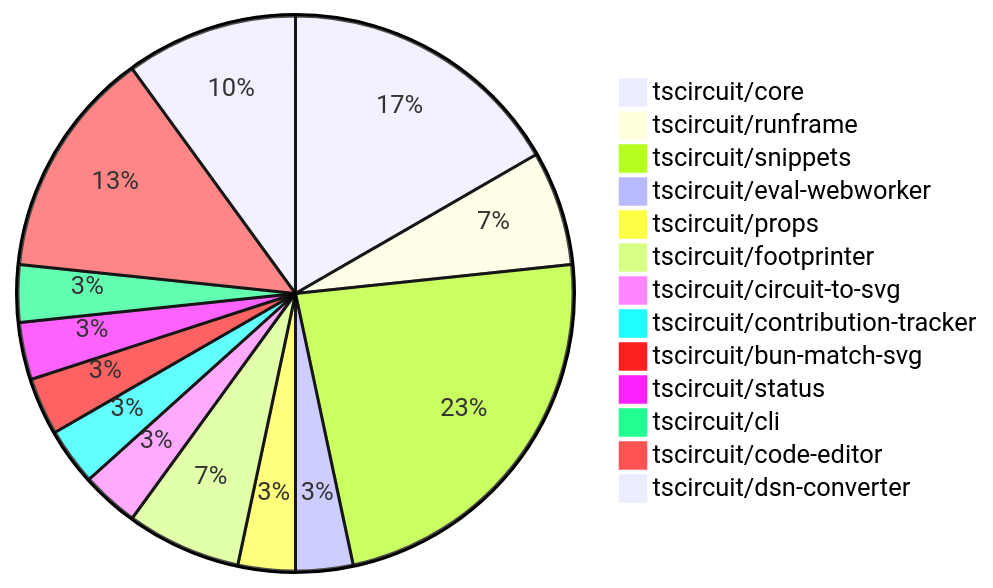
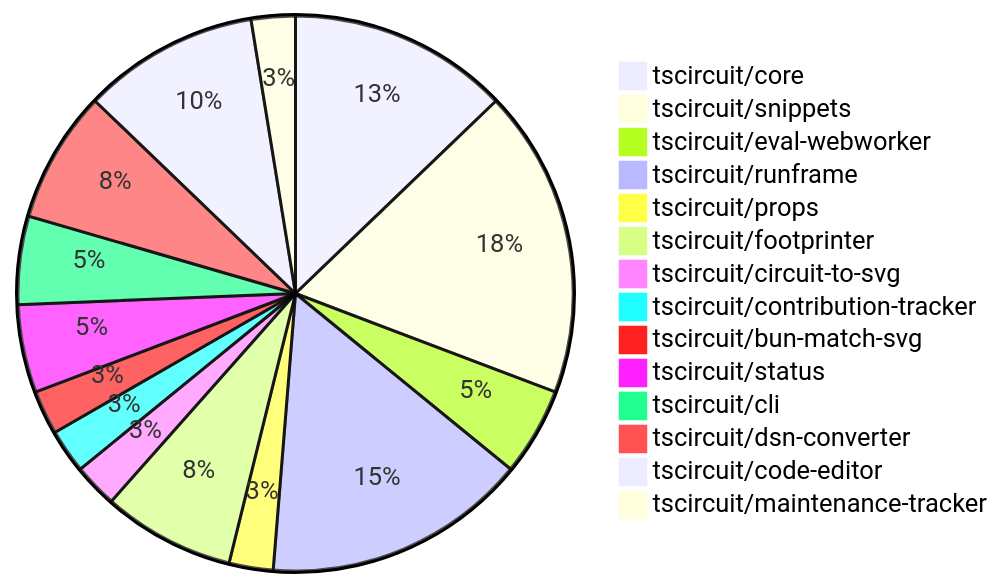
The diagram in README.md (tscircuit/contribution-tracker), drawn with Mermaid before and after one commit. The commit also changed other lines of this file and 2 other files, not shown here.

````diff
--- a/README.md
+++ b/README.md
@@ -24,16 +24,17 @@
 ```mermaid
 pie
     "tscircuit/core" : 5
-    "tscircuit/runframe" : 2
     "tscircuit/snippets" : 7
-    "tscircuit/eval-webworker" : 1
+    "tscircuit/eval-webworker" : 2
+    "tscircuit/runframe" : 6
     "tscircuit/props" : 1
-    "tscircuit/footprinter" : 2
+    "tscircuit/footprinter" : 3
     "tscircuit/circuit-to-svg" : 1
     "tscircuit/contribution-tracker" : 1
     "tscircuit/bun-match-svg" : 1
-    "tscircuit/status" : 1
-    "tscircuit/cli" : 1
+    "tscircuit/status" : 2
+    "tscircuit/cli" : 2
+    "tscircuit/dsn-converter" : 3
     "tscircuit/code-editor" : 4
-    "tscircuit/dsn-converter" : 3
+    "tscircuit/maintenance-tracker" : 1
 ```
````
